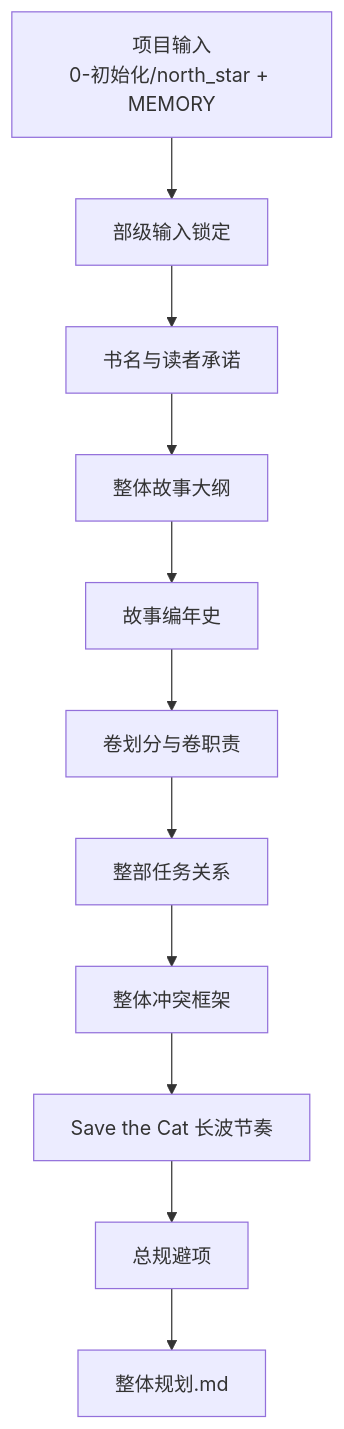
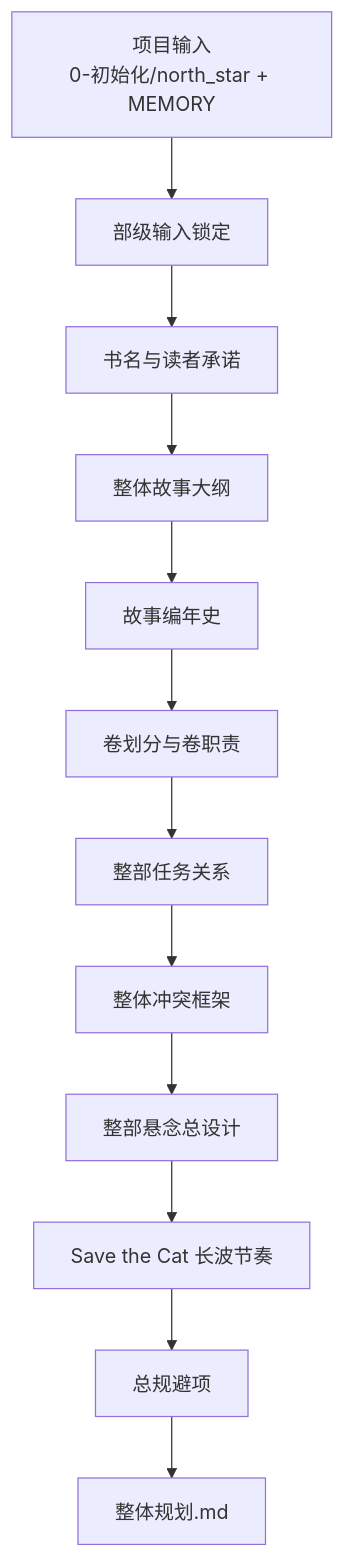
One commit to ZEN-VOID/AI-CUT changed the first of 2 diagrams in .agents/skills/story/2-卷章/1-部级/SKILL.md. Above: the diagram before and after it, drawn with Mermaid. The commit also changed other lines of this file and 256 other files, not shown here.

````diff
--- a/.agents/skills/story/2-卷章/1-部级/SKILL.md
+++ b/.agents/skills/story/2-卷章/1-部级/SKILL.md
@@ -85,13 +90,14 @@
 ```mermaid
 flowchart TD
     A["项目输入<br/>0-初始化/north_star + MEMORY"] --> B["部级输入锁定"]
     B --> C["书名与读者承诺"]
     C --> D["整体故事大纲"]
     D --> E["故事编年史"]
     E --> F["卷划分与卷职责"]
     F --> G["整部任务关系"]
     G --> H["整体冲突框架"]
-    H --> I["Save the Cat 长波节奏"]
+    H --> S["整部悬念总设计"]
+    S --> I["Save the Cat 长波节奏"]
     I --> J["总规避项"]
     J --> K["整体规划.md"]
 ```
````
